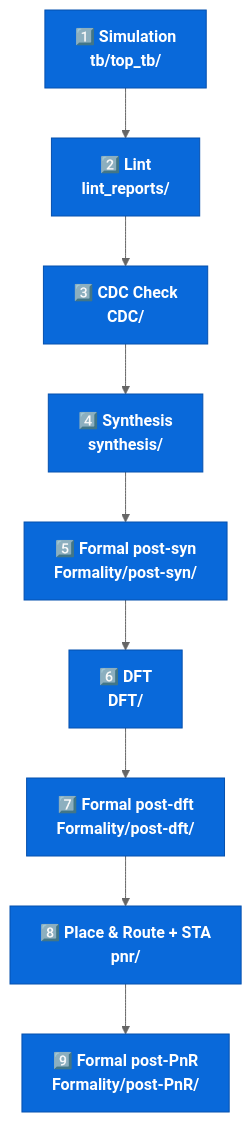
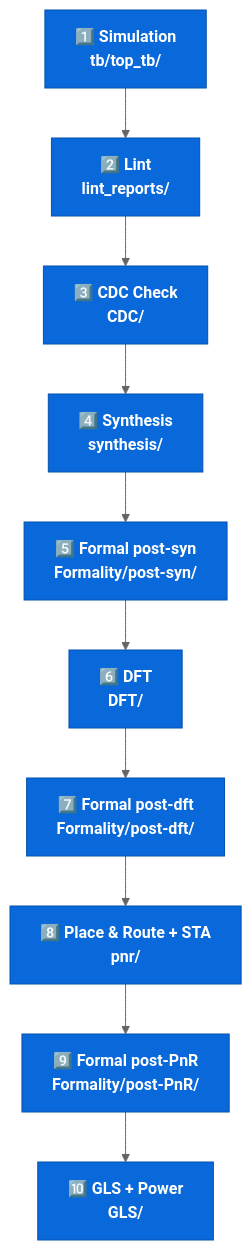
The second of 3 diagrams in README.md (ebrahimedress05/Dual-Clock-UART-ALU-SoC), drawn with Mermaid (neutral theme) before and after one commit. The commit also changed other lines of this file and 21 other files, not shown here.

First line of the commit message:
gls: add post-route gate-level simulation with SDF and PrimeTime PX power analysis

````diff
--- a/README.md
+++ b/README.md
@@ -113,14 +118,15 @@
 ```mermaid
 flowchart TD
     S1["1️⃣ Simulation<br/>tb/top_tb/"] --> S2["2️⃣ Lint<br/>lint_reports/"]
     S2 --> S3["3️⃣ CDC Check<br/>CDC/"]
     S3 --> S4["4️⃣ Synthesis<br/>synthesis/"]
     S4 --> S5["5️⃣ Formal post-syn<br/>Formality/post-syn/"]
     S5 --> S6["6️⃣ DFT<br/>DFT/"]
     S6 --> S7["7️⃣ Formal post-dft<br/>Formality/post-dft/"]
     S7 --> S8["8️⃣ Place & Route + STA<br/>pnr/"]
     S8 --> S9["9️⃣ Formal post-PnR<br/>Formality/post-PnR/"]
+    S9 --> S10["🔟 GLS + Power<br/>GLS/"]
 
     classDef step fill:#0969da,stroke:#0550ae,color:#fff,font-weight:bold;
-    class S1,S2,S3,S4,S5,S6,S7,S8,S9 step;
+    class S1,S2,S3,S4,S5,S6,S7,S8,S9,S10 step;
 ```
````
